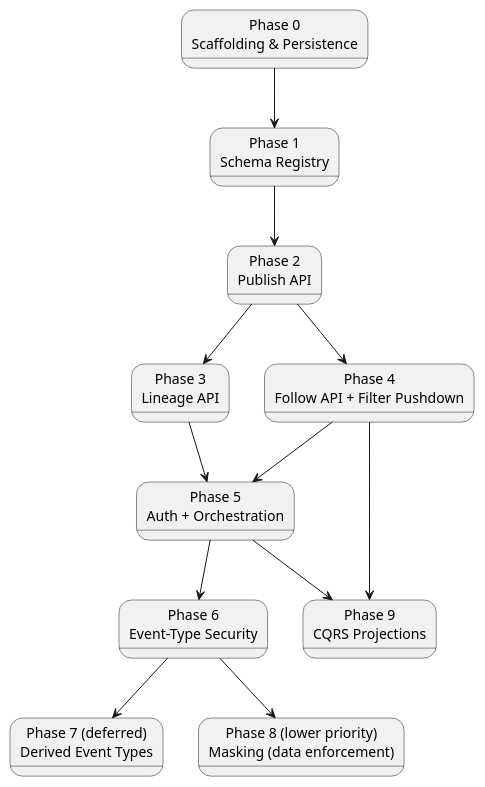
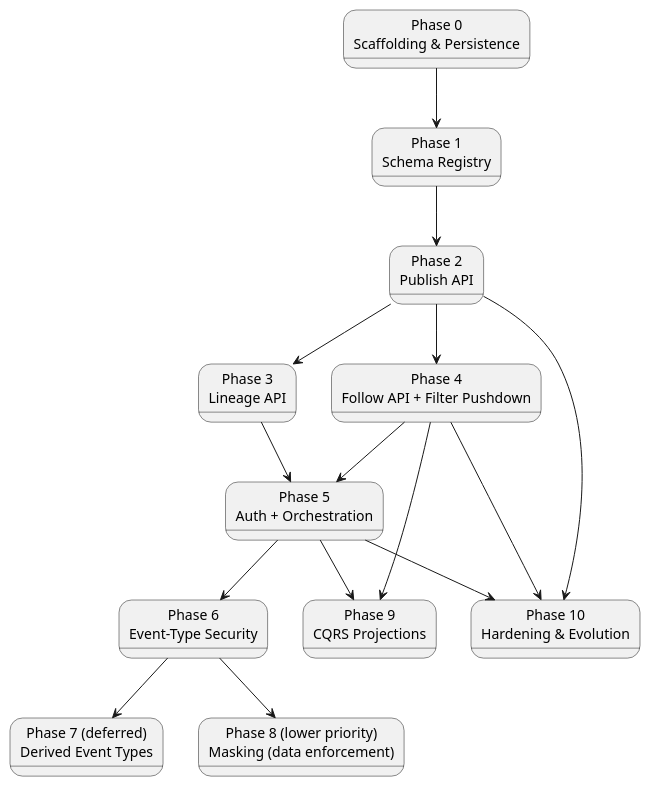
The diagram in docs/08-build-plan.md (Mwwhited-BookLearning/EventSourcing), drawn with PlantUML before and after one commit. The commit also changed other lines of this file and 10 other files, not shown here.

````diff
--- a/docs/08-build-plan.md
+++ b/docs/08-build-plan.md
@@ -21,26 +21,30 @@
 ```plantuml
 @startuml BuildPlan_Phases
 state "Phase 0\nScaffolding & Persistence" as p0
 state "Phase 1\nSchema Registry" as p1
 state "Phase 2\nPublish API" as p2
 state "Phase 3\nLineage API" as p3
 state "Phase 4\nFollow API + Filter Pushdown" as p4
 state "Phase 5\nAuth + Orchestration" as p5
 state "Phase 6\nEvent-Type Security" as p6
 state "Phase 7 (deferred)\nDerived Event Types" as p7
 state "Phase 8 (lower priority)\nMasking (data enforcement)" as p8
 state "Phase 9\nCQRS Projections" as p9
+state "Phase 10\nHardening & Evolution" as p10
 
 p0 --> p1
 p1 --> p2
 p2 --> p3
 p2 --> p4
 p3 --> p5
 p4 --> p5
 p5 --> p6
 p6 --> p7
 p6 --> p8
 p4 --> p9
 p5 --> p9
+p5 --> p10
+p2 --> p10
+p4 --> p10
 @enduml
 ```
````
